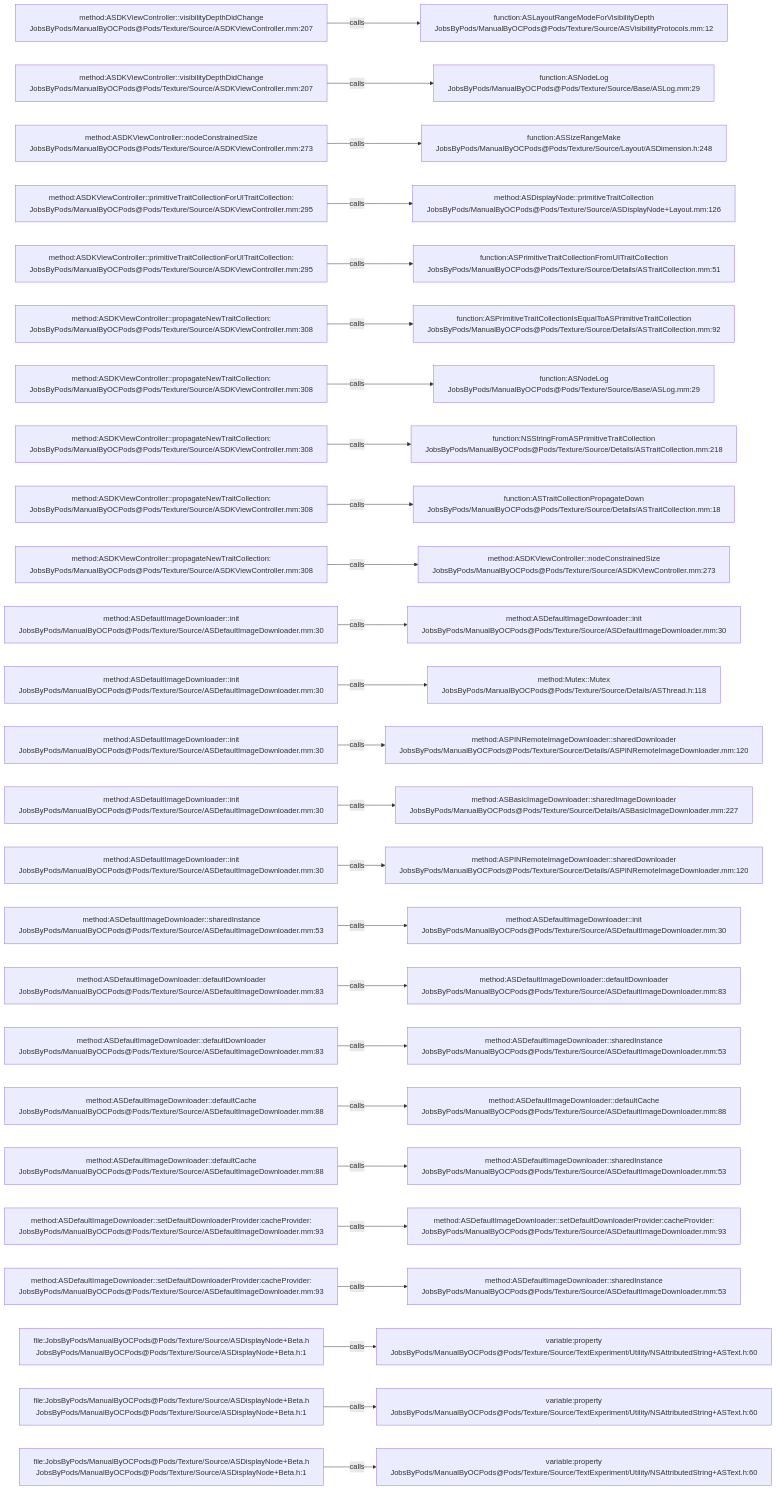
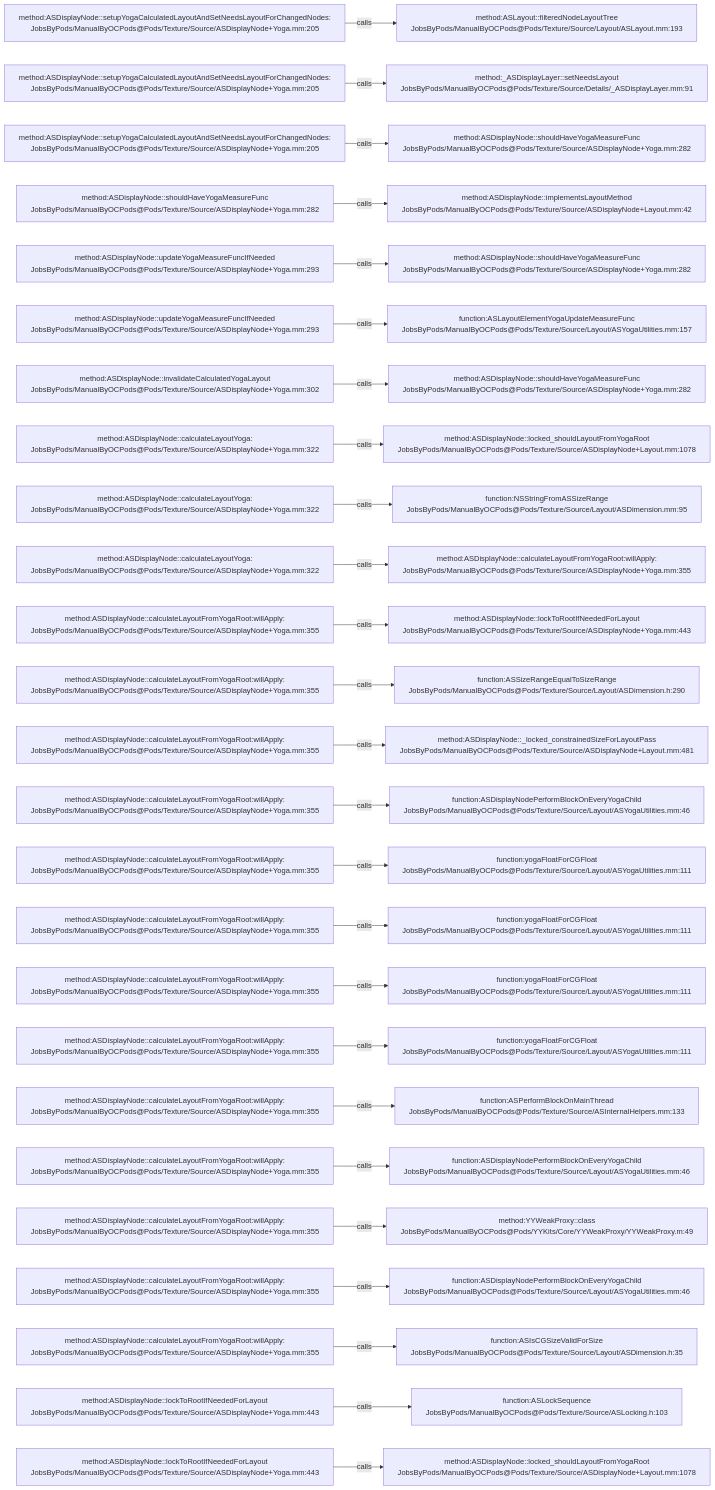
The diagram in .codegraph/codegraph.md/graphs/calls-087.md (JobsKits/JobsOCBaseConfigDemo), drawn with Mermaid before and after one commit. The commit also changed 1448 other files, not shown here.

````diff
--- a/.codegraph/codegraph.md/graphs/calls-087.md
+++ b/.codegraph/codegraph.md/graphs/calls-087.md
@@ -13,78 +13,78 @@
 ```mermaid
 flowchart LR
-  S1["method:ASDKViewController::visibilityDepthDidChange<br/>JobsByPods/ManualByOCPods@Pods/Texture/Source/ASDKViewController.mm:207"]
-  T1["function:ASLayoutRangeModeForVisibilityDepth<br/>JobsByPods/ManualByOCPods@Pods/Texture/Source/ASVisibilityProtocols.mm:12"]
+  S1["method:ASDisplayNode::setupYogaCalculatedLayoutAndSetNeedsLayoutForChangedNodes:<br/>JobsByPods/ManualByOCPods@Pods/Texture/Source/ASDisplayNode+Yoga.mm:205"]
+  T1["method:ASLayout::filteredNodeLayoutTree<br/>JobsByPods/ManualByOCPods@Pods/Texture/Source/Layout/ASLayout.mm:193"]
   S1 -->|calls| T1
-  S2["method:ASDKViewController::visibilityDepthDidChange<br/>JobsByPods/ManualByOCPods@Pods/Texture/Source/ASDKViewController.mm:207"]
-  T2["function:ASNodeLog<br/>JobsByPods/ManualByOCPods@Pods/Texture/Source/Base/ASLog.mm:29"]
+  S2["method:ASDisplayNode::setupYogaCalculatedLayoutAndSetNeedsLayoutForChangedNodes:<br/>JobsByPods/ManualByOCPods@Pods/Texture/Source/ASDisplayNode+Yoga.mm:205"]
+  T2["method:_ASDisplayLayer::setNeedsLayout<br/>JobsByPods/ManualByOCPods@Pods/Texture/Source/Details/_ASDisplayLayer.mm:91"]
   S2 -->|calls| T2
-  S3["method:ASDKViewController::nodeConstrainedSize<br/>JobsByPods/ManualByOCPods@Pods/Texture/Source/ASDKViewController.mm:273"]
-  T3["function:ASSizeRangeMake<br/>JobsByPods/ManualByOCPods@Pods/Texture/Source/Layout/ASDimension.h:248"]
+  S3["method:ASDisplayNode::setupYogaCalculatedLayoutAndSetNeedsLayoutForChangedNodes:<br/>JobsByPods/ManualByOCPods@Pods/Texture/Source/ASDisplayNode+Yoga.mm:205"]
+  T3["method:ASDisplayNode::shouldHaveYogaMeasureFunc<br/>JobsByPods/ManualByOCPods@Pods/Texture/Source/ASDisplayNode+Yoga.mm:282"]
   S3 -->|calls| T3
-  S4["method:ASDKViewController::primitiveTraitCollectionForUITraitCollection:<br/>JobsByPods/ManualByOCPods@Pods/Texture/Source/ASDKViewController.mm:295"]
-  T4["method:ASDisplayNode::primitiveTraitCollection<br/>JobsByPods/ManualByOCPods@Pods/Texture/Source/ASDisplayNode+Layout.mm:126"]
+  S4["method:ASDisplayNode::shouldHaveYogaMeasureFunc<br/>JobsByPods/ManualByOCPods@Pods/Texture/Source/ASDisplayNode+Yoga.mm:282"]
+  T4["method:ASDisplayNode::implementsLayoutMethod<br/>JobsByPods/ManualByOCPods@Pods/Texture/Source/ASDisplayNode+Layout.mm:42"]
   S4 -->|calls| T4
-  S5["method:ASDKViewController::primitiveTraitCollectionForUITraitCollection:<br/>JobsByPods/ManualByOCPods@Pods/Texture/Source/ASDKViewController.mm:295"]
-  T5["function:ASPrimitiveTraitCollectionFromUITraitCollection<br/>JobsByPods/ManualByOCPods@Pods/Texture/Source/Details/ASTraitCollection.mm:51"]
+  S5["method:ASDisplayNode::updateYogaMeasureFuncIfNeeded<br/>JobsByPods/ManualByOCPods@Pods/Texture/Source/ASDisplayNode+Yoga.mm:293"]
+  T5["method:ASDisplayNode::shouldHaveYogaMeasureFunc<br/>JobsByPods/ManualByOCPods@Pods/Texture/Source/ASDisplayNode+Yoga.mm:282"]
   S5 -->|calls| T5
-  S6["method:ASDKViewController::propagateNewTraitCollection:<br/>JobsByPods/ManualByOCPods@Pods/Texture/Source/ASDKViewController.mm:308"]
-  T6["function:ASPrimitiveTraitCollectionIsEqualToASPrimitiveTraitCollection<br/>JobsByPods/ManualByOCPods@Pods/Texture/Source/Details/ASTraitCollection.mm:92"]
+  S6["method:ASDisplayNode::updateYogaMeasureFuncIfNeeded<br/>JobsByPods/ManualByOCPods@Pods/Texture/Source/ASDisplayNode+Yoga.mm:293"]
+  T6["function:ASLayoutElementYogaUpdateMeasureFunc<br/>JobsByPods/ManualByOCPods@Pods/Texture/Source/Layout/ASYogaUtilities.mm:157"]
   S6 -->|calls| T6
-  S7["method:ASDKViewController::propagateNewTraitCollection:<br/>JobsByPods/ManualByOCPods@Pods/Texture/Source/ASDKViewController.mm:308"]
-  T7["function:ASNodeLog<br/>JobsByPods/ManualByOCPods@Pods/Texture/Source/Base/ASLog.mm:29"]
+  S7["method:ASDisplayNode::invalidateCalculatedYogaLayout<br/>JobsByPods/ManualByOCPods@Pods/Texture/Source/ASDisplayNode+Yoga.mm:302"]
+  T7["method:ASDisplayNode::shouldHaveYogaMeasureFunc<br/>JobsByPods/ManualByOCPods@Pods/Texture/Source/ASDisplayNode+Yoga.mm:282"]
   S7 -->|calls| T7
-  S8["method:ASDKViewController::propagateNewTraitCollection:<br/>JobsByPods/ManualByOCPods@Pods/Texture/Source/ASDKViewController.mm:308"]
-  T8["function:NSStringFromASPrimitiveTraitCollection<br/>JobsByPods/ManualByOCPods@Pods/Texture/Source/Details/ASTraitCollection.mm:218"]
+  S8["method:ASDisplayNode::calculateLayoutYoga:<br/>JobsByPods/ManualByOCPods@Pods/Texture/Source/ASDisplayNode+Yoga.mm:322"]
+  T8["method:ASDisplayNode::locked_shouldLayoutFromYogaRoot<br/>JobsByPods/ManualByOCPods@Pods/Texture/Source/ASDisplayNode+Layout.mm:1078"]
   S8 -->|calls| T8
-  S9["method:ASDKViewController::propagateNewTraitCollection:<br/>JobsByPods/ManualByOCPods@Pods/Texture/Source/ASDKViewController.mm:308"]
-  T9["function:ASTraitCollectionPropagateDown<br/>JobsByPods/ManualByOCPods@Pods/Texture/Source/Details/ASTraitCollection.mm:18"]
+  S9["method:ASDisplayNode::calculateLayoutYoga:<br/>JobsByPods/ManualByOCPods@Pods/Texture/Source/ASDisplayNode+Yoga.mm:322"]
+  T9["function:NSStringFromASSizeRange<br/>JobsByPods/ManualByOCPods@Pods/Texture/Source/Layout/ASDimension.mm:95"]
   S9 -->|calls| T9
-  S10["method:ASDKViewController::propagateNewTraitCollection:<br/>JobsByPods/ManualByOCPods@Pods/Texture/Source/ASDKViewController.mm:308"]
-  T10["method:ASDKViewController::nodeConstrainedSize<br/>JobsByPods/ManualByOCPods@Pods/Texture/Source/ASDKViewController.mm:273"]
+  S10["method:ASDisplayNode::calculateLayoutYoga:<br/>JobsByPods/ManualByOCPods@Pods/Texture/Source/ASDisplayNode+Yoga.mm:322"]
+  T10["method:ASDisplayNode::calculateLayoutFromYogaRoot:willApply:<br/>JobsByPods/ManualByOCPods@Pods/Texture/Source/ASDisplayNode+Yoga.mm:355"]
   S10 -->|calls| T10
-  S11["method:ASDefaultImageDownloader::init<br/>JobsByPods/ManualByOCPods@Pods/Texture/Source/ASDefaultImageDownloader.mm:30"]
-  T11["method:ASDefaultImageDownloader::init<br/>JobsByPods/ManualByOCPods@Pods/Texture/Source/ASDefaultImageDownloader.mm:30"]
+  S11["method:ASDisplayNode::calculateLayoutFromYogaRoot:willApply:<br/>JobsByPods/ManualByOCPods@Pods/Texture/Source/ASDisplayNode+Yoga.mm:355"]
+  T11["method:ASDisplayNode::lockToRootIfNeededForLayout<br/>JobsByPods/ManualByOCPods@Pods/Texture/Source/ASDisplayNode+Yoga.mm:443"]
   S11 -->|calls| T11
-  S12["method:ASDefaultImageDownloader::init<br/>JobsByPods/ManualByOCPods@Pods/Texture/Source/ASDefaultImageDownloader.mm:30"]
-  T12["method:Mutex::Mutex<br/>JobsByPods/ManualByOCPods@Pods/Texture/Source/Details/ASThread.h:118"]
+  S12["method:ASDisplayNode::calculateLayoutFromYogaRoot:willApply:<br/>JobsByPods/ManualByOCPods@Pods/Texture/Source/ASDisplayNode+Yoga.mm:355"]
+  T12["function:ASSizeRangeEqualToSizeRange<br/>JobsByPods/ManualByOCPods@Pods/Texture/Source/Layout/ASDimension.h:290"]
   S12 -->|calls| T12
-  S13["method:ASDefaultImageDownloader::init<br/>JobsByPods/ManualByOCPods@Pods/Texture/Source/ASDefaultImageDownloader.mm:30"]
-  T13["method:ASPINRemoteImageDownloader::sharedDownloader<br/>JobsByPods/ManualByOCPods@Pods/Texture/Source/Details/ASPINRemoteImageDownloader.mm:120"]
+  S13["method:ASDisplayNode::calculateLayoutFromYogaRoot:willApply:<br/>JobsByPods/ManualByOCPods@Pods/Texture/Source/ASDisplayNode+Yoga.mm:355"]
+  T13["method:ASDisplayNode::_locked_constrainedSizeForLayoutPass<br/>JobsByPods/ManualByOCPods@Pods/Texture/Source/ASDisplayNode+Layout.mm:481"]
   S13 -->|calls| T13
-  S14["method:ASDefaultImageDownloader::init<br/>JobsByPods/ManualByOCPods@Pods/Texture/Source/ASDefaultImageDownloader.mm:30"]
-  T14["method:ASBasicImageDownloader::sharedImageDownloader<br/>JobsByPods/ManualByOCPods@Pods/Texture/Source/Details/ASBasicImageDownloader.mm:227"]
+  S14["method:ASDisplayNode::calculateLayoutFromYogaRoot:willApply:<br/>JobsByPods/ManualByOCPods@Pods/Texture/Source/ASDisplayNode+Yoga.mm:355"]
+  T14["function:ASDisplayNodePerformBlockOnEveryYogaChild<br/>JobsByPods/ManualByOCPods@Pods/Texture/Source/Layout/ASYogaUtilities.mm:46"]
   S14 -->|calls| T14
-  S15["method:ASDefaultImageDownloader::init<br/>JobsByPods/ManualByOCPods@Pods/Texture/Source/ASDefaultImageDownloader.mm:30"]
-  T15["method:ASPINRemoteImageDownloader::sharedDownloader<br/>JobsByPods/ManualByOCPods@Pods/Texture/Source/Details/ASPINRemoteImageDownloader.mm:120"]
+  S15["method:ASDisplayNode::calculateLayoutFromYogaRoot:willApply:<br/>JobsByPods/ManualByOCPods@Pods/Texture/Source/ASDisplayNode+Yoga.mm:355"]
+  T15["function:yogaFloatForCGFloat<br/>JobsByPods/ManualByOCPods@Pods/Texture/Source/Layout/ASYogaUtilities.mm:111"]
   S15 -->|calls| T15
-  S16["method:ASDefaultImageDownloader::sharedInstance<br/>JobsByPods/ManualByOCPods@Pods/Texture/Source/ASDefaultImageDownloader.mm:53"]
-  T16["method:ASDefaultImageDownloader::init<br/>JobsByPods/ManualByOCPods@Pods/Texture/Source/ASDefaultImageDownloader.mm:30"]
+  S16["method:ASDisplayNode::calculateLayoutFromYogaRoot:willApply:<br/>JobsByPods/ManualByOCPods@Pods/Texture/Source/ASDisplayNode+Yoga.mm:355"]
+  T16["function:yogaFloatForCGFloat<br/>JobsByPods/ManualByOCPods@Pods/Texture/Source/Layout/ASYogaUtilities.mm:111"]
   S16 -->|calls| T16
-  S17["method:ASDefaultImageDownloader::defaultDownloader<br/>JobsByPods/ManualByOCPods@Pods/Texture/Source/ASDefaultImageDownloader.mm:83"]
-  T17["method:ASDefaultImageDownloader::defaultDownloader<br/>JobsByPods/ManualByOCPods@Pods/Texture/Source/ASDefaultImageDownloader.mm:83"]
+  S17["method:ASDisplayNode::calculateLayoutFromYogaRoot:willApply:<br/>JobsByPods/ManualByOCPods@Pods/Texture/Source/ASDisplayNode+Yoga.mm:355"]
+  T17["function:yogaFloatForCGFloat<br/>JobsByPods/ManualByOCPods@Pods/Texture/Source/Layout/ASYogaUtilities.mm:111"]
   S17 -->|calls| T17
-  S18["method:ASDefaultImageDownloader::defaultDownloader<br/>JobsByPods/ManualByOCPods@Pods/Texture/Source/ASDefaultImageDownloader.mm:83"]
-  T18["method:ASDefaultImageDownloader::sharedInstance<br/>JobsByPods/ManualByOCPods@Pods/Texture/Source/ASDefaultImageDownloader.mm:53"]
+  S18["method:ASDisplayNode::calculateLayoutFromYogaRoot:willApply:<br/>JobsByPods/ManualByOCPods@Pods/Texture/Source/ASDisplayNode+Yoga.mm:355"]
+  T18["function:yogaFloatForCGFloat<br/>JobsByPods/ManualByOCPods@Pods/Texture/Source/Layout/ASYogaUtilities.mm:111"]
   S18 -->|calls| T18
-  S19["method:ASDefaultImageDownloader::defaultCache<br/>JobsByPods/ManualByOCPods@Pods/Texture/Source/ASDefaultImageDownloader.mm:88"]
-  T19["method:ASDefaultImageDownloader::defaultCache<br/>JobsByPods/ManualByOCPods@Pods/Texture/Source/ASDefaultImageDownloader.mm:88"]
+  S19["method:ASDisplayNode::calculateLayoutFromYogaRoot:willApply:<br/>JobsByPods/ManualByOCPods@Pods/Texture/Source/ASDisplayNode+Yoga.mm:355"]
+  T19["function:ASPerformBlockOnMainThread<br/>JobsByPods/ManualByOCPods@Pods/Texture/Source/ASInternalHelpers.mm:133"]
   S19 -->|calls| T19
-  S20["method:ASDefaultImageDownloader::defaultCache<br/>JobsByPods/ManualByOCPods@Pods/Texture/Source/ASDefaultImageDownloader.mm:88"]
-  T20["method:ASDefaultImageDownloader::sharedInstance<br/>JobsByPods/ManualByOCPods@Pods/Texture/Source/ASDefaultImageDownloader.mm:53"]
+  S20["method:ASDisplayNode::calculateLayoutFromYogaRoot:willApply:<br/>JobsByPods/ManualByOCPods@Pods/Texture/Source/ASDisplayNode+Yoga.mm:355"]
+  T20["function:ASDisplayNodePerformBlockOnEveryYogaChild<br/>JobsByPods/ManualByOCPods@Pods/Texture/Source/Layout/ASYogaUtilities.mm:46"]
   S20 -->|calls| T20
-  S21["method:ASDefaultImageDownloader::setDefaultDownloaderProvider:cacheProvider:<br/>JobsByPods/ManualByOCPods@Pods/Texture/Source/ASDefaultImageDownloader.mm:93"]
-  T21["method:ASDefaultImageDownloader::setDefaultDownloaderProvider:cacheProvider:<br/>JobsByPods/ManualByOCPods@Pods/Texture/Source/ASDefaultImageDownloader.mm:93"]
+  S21["method:ASDisplayNode::calculateLayoutFromYogaRoot:willApply:<br/>JobsByPods/ManualByOCPods@Pods/Texture/Source/ASDisplayNode+Yoga.mm:355"]
+  T21["method:YYWeakProxy::class<br/>JobsByPods/ManualByOCPods@Pods/YYKits/Core/YYWeakProxy/YYWeakProxy.m:49"]
   S21 -->|calls| T21
-  S22["method:ASDefaultImageDownloader::setDefaultDownloaderProvider:cacheProvider:<br/>JobsByPods/ManualByOCPods@Pods/Texture/Source/ASDefaultImageDownloader.mm:93"]
-  T22["method:ASDefaultImageDownloader::sharedInstance<br/>JobsByPods/ManualByOCPods@Pods/Texture/Source/ASDefaultImageDownloader.mm:53"]
+  S22["method:ASDisplayNode::calculateLayoutFromYogaRoot:willApply:<br/>JobsByPods/ManualByOCPods@Pods/Texture/Source/ASDisplayNode+Yoga.mm:355"]
+  T22["function:ASDisplayNodePerformBlockOnEveryYogaChild<br/>JobsByPods/ManualByOCPods@Pods/Texture/Source/Layout/ASYogaUtilities.mm:46"]
   S22 -->|calls| T22
-  S23["file:JobsByPods/ManualByOCPods@Pods/Texture/Source/ASDisplayNode+Beta.h<br/>JobsByPods/ManualByOCPods@Pods/Texture/Source/ASDisplayNode+Beta.h:1"]
-  T23["variable:property<br/>JobsByPods/ManualByOCPods@Pods/Texture/Source/TextExperiment/Utility/NSAttributedString+ASText.h:60"]
+  S23["method:ASDisplayNode::calculateLayoutFromYogaRoot:willApply:<br/>JobsByPods/ManualByOCPods@Pods/Texture/Source/ASDisplayNode+Yoga.mm:355"]
+  T23["function:ASIsCGSizeValidForSize<br/>JobsByPods/ManualByOCPods@Pods/Texture/Source/Layout/ASDimension.h:35"]
   S23 -->|calls| T23
-  S24["file:JobsByPods/ManualByOCPods@Pods/Texture/Source/ASDisplayNode+Beta.h<br/>JobsByPods/ManualByOCPods@Pods/Texture/Source/ASDisplayNode+Beta.h:1"]
-  T24["variable:property<br/>JobsByPods/ManualByOCPods@Pods/Texture/Source/TextExperiment/Utility/NSAttributedString+ASText.h:60"]
+  S24["method:ASDisplayNode::lockToRootIfNeededForLayout<br/>JobsByPods/ManualByOCPods@Pods/Texture/Source/ASDisplayNode+Yoga.mm:443"]
+  T24["function:ASLockSequence<br/>JobsByPods/ManualByOCPods@Pods/Texture/Source/ASLocking.h:103"]
   S24 -->|calls| T24
-  S25["file:JobsByPods/ManualByOCPods@Pods/Texture/Source/ASDisplayNode+Beta.h<br/>JobsByPods/ManualByOCPods@Pods/Texture/Source/ASDisplayNode+Beta.h:1"]
-  T25["variable:property<br/>JobsByPods/ManualByOCPods@Pods/Texture/Source/TextExperiment/Utility/NSAttributedString+ASText.h:60"]
+  S25["method:ASDisplayNode::lockToRootIfNeededForLayout<br/>JobsByPods/ManualByOCPods@Pods/Texture/Source/ASDisplayNode+Yoga.mm:443"]
+  T25["method:ASDisplayNode::locked_shouldLayoutFromYogaRoot<br/>JobsByPods/ManualByOCPods@Pods/Texture/Source/ASDisplayNode+Layout.mm:1078"]
   S25 -->|calls| T25
 ```
````
